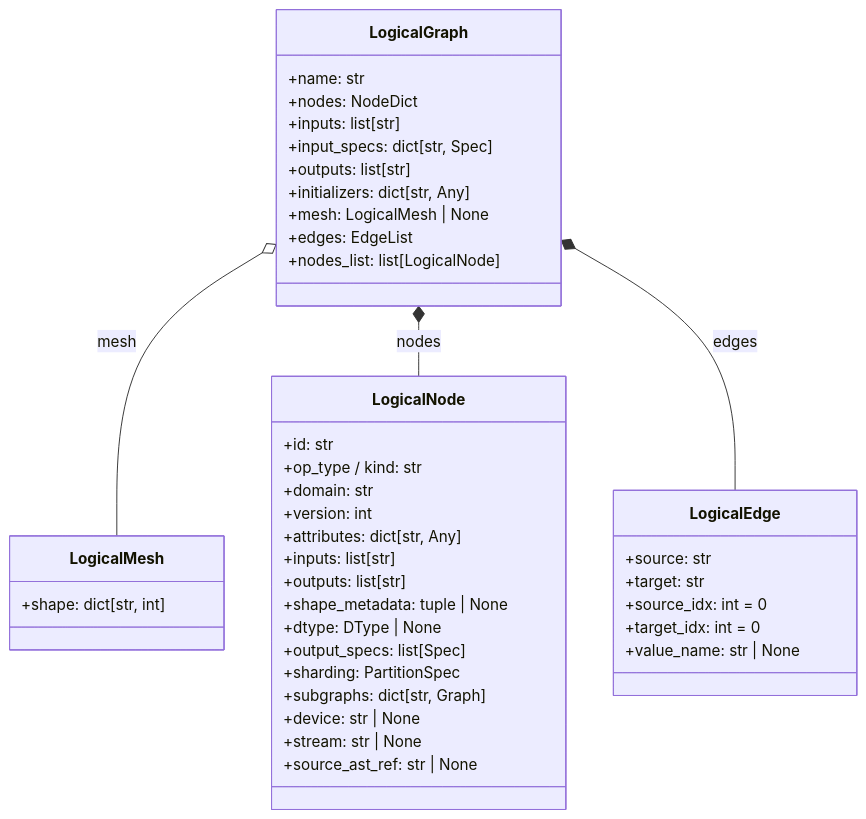
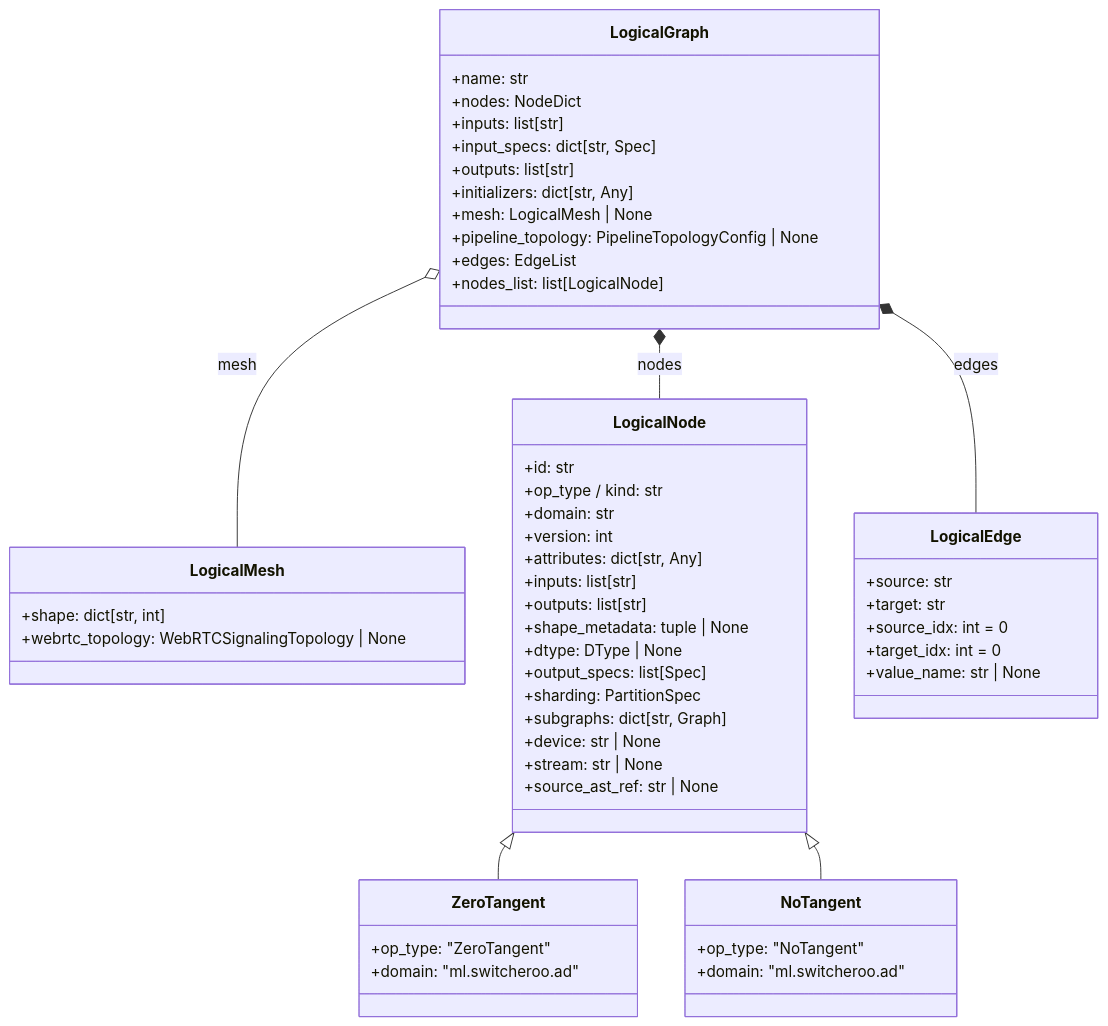
One commit to SamuelMarks/ml-switcheroo-ir changed the third of 4 diagrams in ARCHITECTURE.md. Above: the diagram before and after it, drawn with Mermaid. The commit also changed other lines of this file and 4 other files, not shown here.

````diff
--- a/ARCHITECTURE.md
+++ b/ARCHITECTURE.md
@@ -148,50 +148,64 @@
 ```mermaid
 classDiagram
     direction TB
 
     class LogicalMesh {
         +shape: dict[str, int]
+        +webrtc_topology: WebRTCSignalingTopology | None
     }
 
     class LogicalGraph {
         +name: str
         +nodes: NodeDict
         +inputs: list[str]
         +input_specs: dict[str, Spec]
         +outputs: list[str]
         +initializers: dict[str, Any]
         +mesh: LogicalMesh | None
+        +pipeline_topology: PipelineTopologyConfig | None
         +edges: EdgeList
         +nodes_list: list[LogicalNode]
     }
 
     class LogicalNode {
         +id: str
         +op_type / kind: str
         +domain: str
         +version: int
         +attributes: dict[str, Any]
         +inputs: list[str]
         +outputs: list[str]
         +shape_metadata: tuple | None
         +dtype: DType | None
         +output_specs: list[Spec]
         +sharding: PartitionSpec
         +subgraphs: dict[str, Graph]
         +device: str | None
         +stream: str | None
         +source_ast_ref: str | None
     }
 
+    class ZeroTangent {
+        +op_type: "ZeroTangent"
+        +domain: "ml.switcheroo.ad"
+    }
+
+    class NoTangent {
+        +op_type: "NoTangent"
+        +domain: "ml.switcheroo.ad"
+    }
+
     class LogicalEdge {
         +source: str
         +target: str
         +source_idx: int = 0
         +target_idx: int = 0
         +value_name: str | None
     }
 
     LogicalGraph o-- LogicalMesh : mesh
     LogicalGraph *-- LogicalNode : nodes
     LogicalGraph *-- LogicalEdge : edges
+    LogicalNode <|-- ZeroTangent
+    LogicalNode <|-- NoTangent
 ```
````
